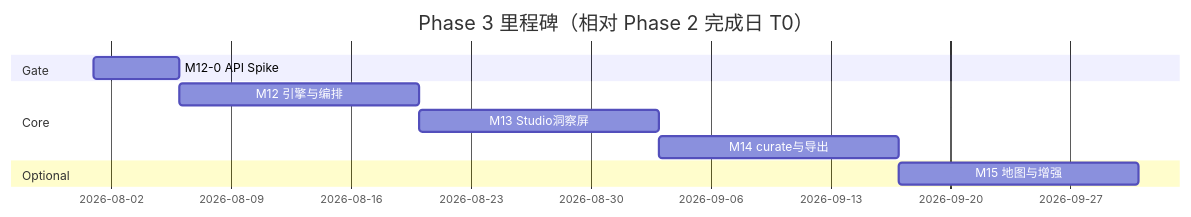
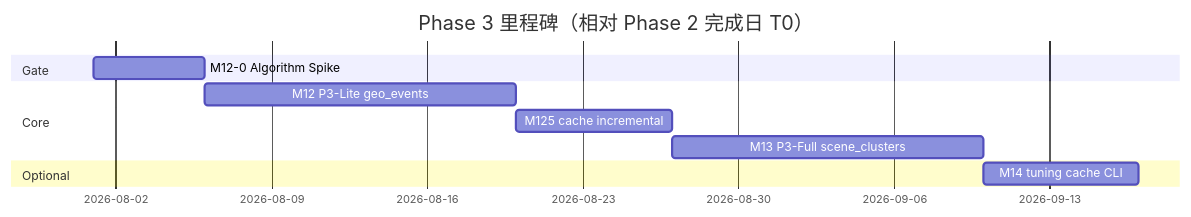
One commit to warclover/travelogue changed the third of 3 diagrams in docs/PRD-PHASE3.md. Above: the diagram before and after it, drawn with Mermaid. The commit also changed other lines of this file and 26 other files, not shown here.

````diff
--- a/docs/PRD-PHASE3.md
+++ b/docs/PRD-PHASE3.md
@@ -760,13 +952,13 @@
 ```mermaid
 gantt
   title Phase 3 里程碑（相对 Phase 2 完成日 T0）
   dateFormat YYYY-MM-DD
   section Gate
-  M12-0 API Spike     :m120, 2026-08-01, 5d
+  M12-0 Algorithm Spike :m120, 2026-08-01, 5d
   section Core
-  M12 引擎与编排       :m12, after m120, 14d
-  M13 Studio洞察屏     :m13, after m12, 14d
-  M14 curate与导出     :m14, after m13, 14d
+  M12 P3-Lite geo_events :m12, after m120, 14d
+  M125 cache incremental :m125, after m12, 7d
+  M13 P3-Full scene_clusters :m13, after m125, 14d
   section Optional
-  M15 地图与增强       :m15, after m14, 14d
+  M14 tuning cache CLI :m14, after m13, 7d
 ```
````
